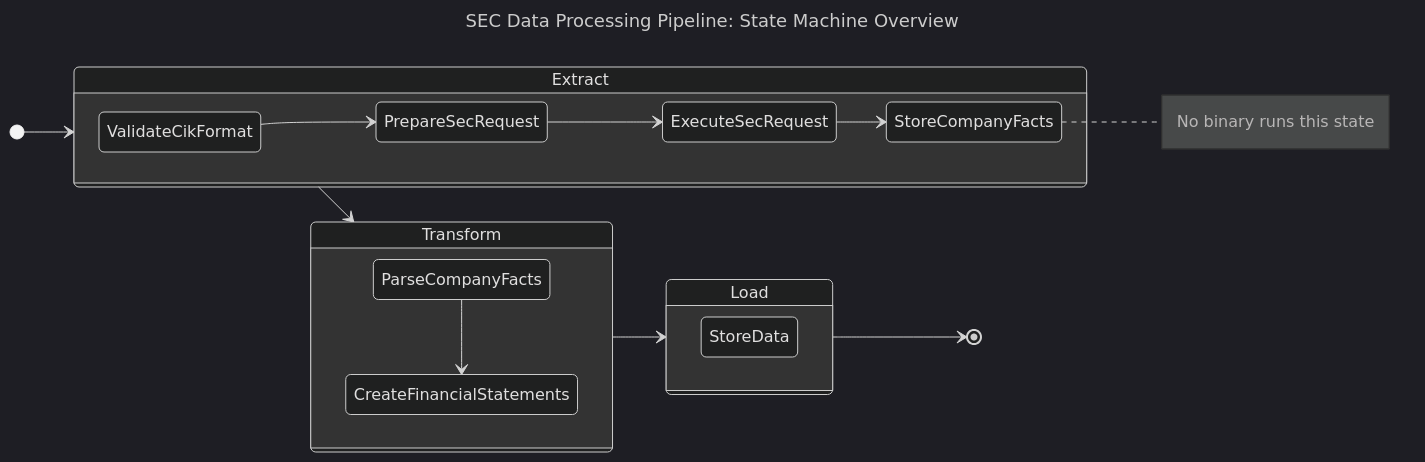
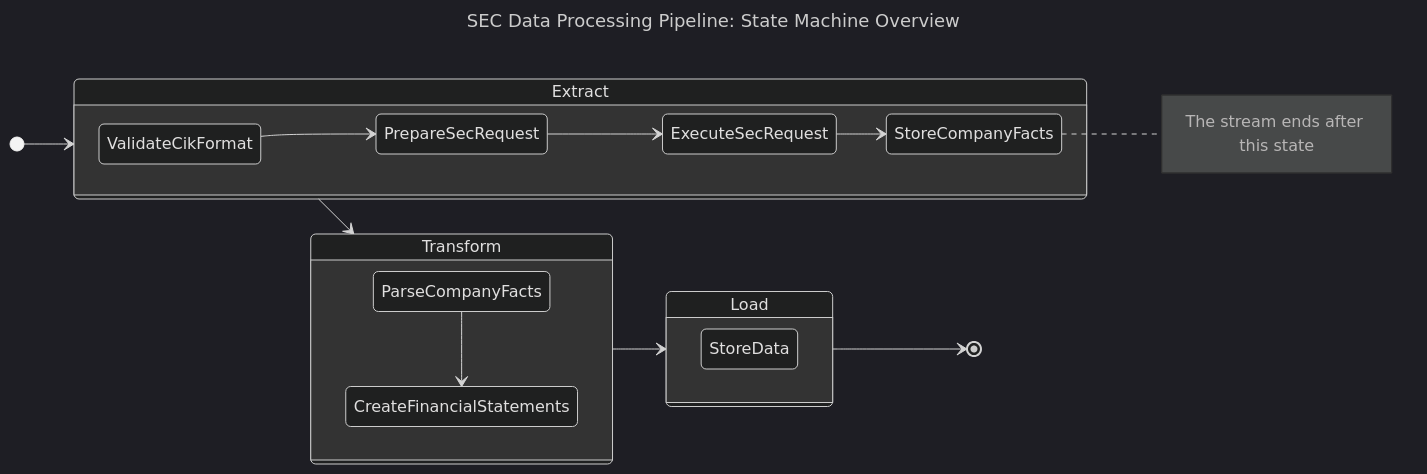
One commit to ironcapitaleu/arkad changed the diagram in sec/design/state_diagram/sec_state_machine.md. Above: the diagram before and after it, drawn with Mermaid (dark theme). The commit also changed 19 other files, not shown here.

First line of the commit message:
feat(sec)!: end the extract stream with StoreCompanyFacts (#259)

````diff
--- a/sec/design/state_diagram/sec_state_machine.md
+++ b/sec/design/state_diagram/sec_state_machine.md
@@ -1,33 +1,33 @@
 ```mermaid
 ---
 title: "SEC Data Processing Pipeline: State Machine Overview"
 ---
 stateDiagram-v2
     %% Align all the SuperStates from left-to-right
     direction LR
 
     %% `Extract` SuperState
     [*] --> Extract
     state Extract {
         ValidateCikFormat --> PrepareSecRequest
         PrepareSecRequest --> ExecuteSecRequest
         ExecuteSecRequest --> StoreCompanyFacts
-        note right of StoreCompanyFacts : No binary runs this state
+        note right of StoreCompanyFacts : The stream ends after this state
     }
 
     Extract --> Transform
 
     %% `Transform` SuperState
     state Transform {
         ParseCompanyFacts --> CreateFinancialStatements
     }
 
     Transform --> Load
 
     %% `Load` SuperState
     state Load {
         StoreData
     }
 
     Load --> [*]
 ```
````
